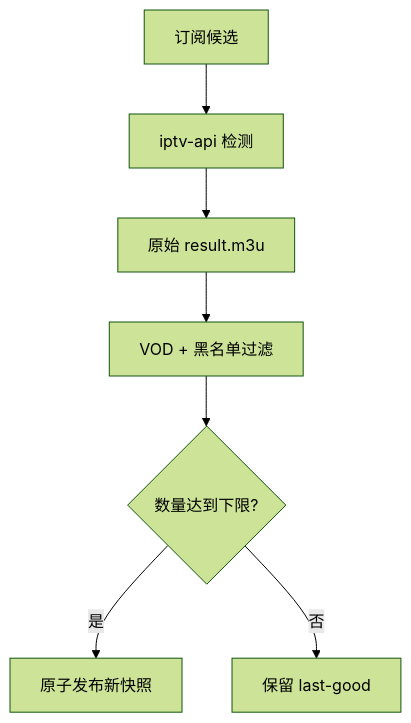
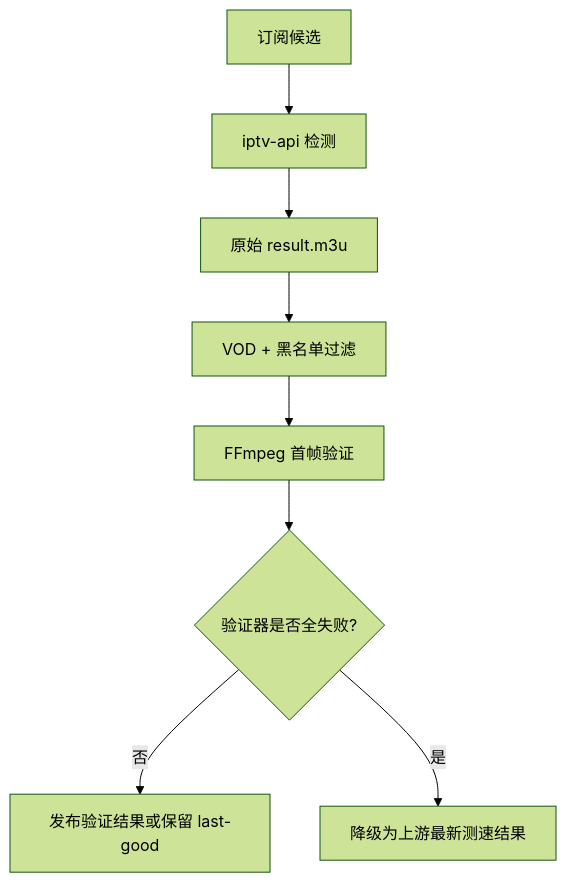
The second of 2 diagrams in docs/architecture.md (minshurui/livetv-server), drawn with Mermaid (forest theme) before and after one commit. The commit also changed other lines of this file and 13 other files, not shown here.

````diff
--- a/docs/architecture.md
+++ b/docs/architecture.md
@@ -105,9 +105,10 @@
 ```mermaid
 flowchart TD
     A["订阅候选"] --> B["iptv-api 检测"]
     B --> C["原始 result.m3u"]
     C --> D["VOD + 黑名单过滤"]
-    D --> E{"数量达到下限?"}
-    E -->|是| F["原子发布新快照"]
-    E -->|否| G["保留 last-good"]
+    D --> E["FFmpeg 首帧验证"]
+    E --> F{"验证器是否全失败?"}
+    F -->|否| G["发布验证结果或保留 last-good"]
+    F -->|是| H["降级为上游最新测速结果"]
 ```
````
